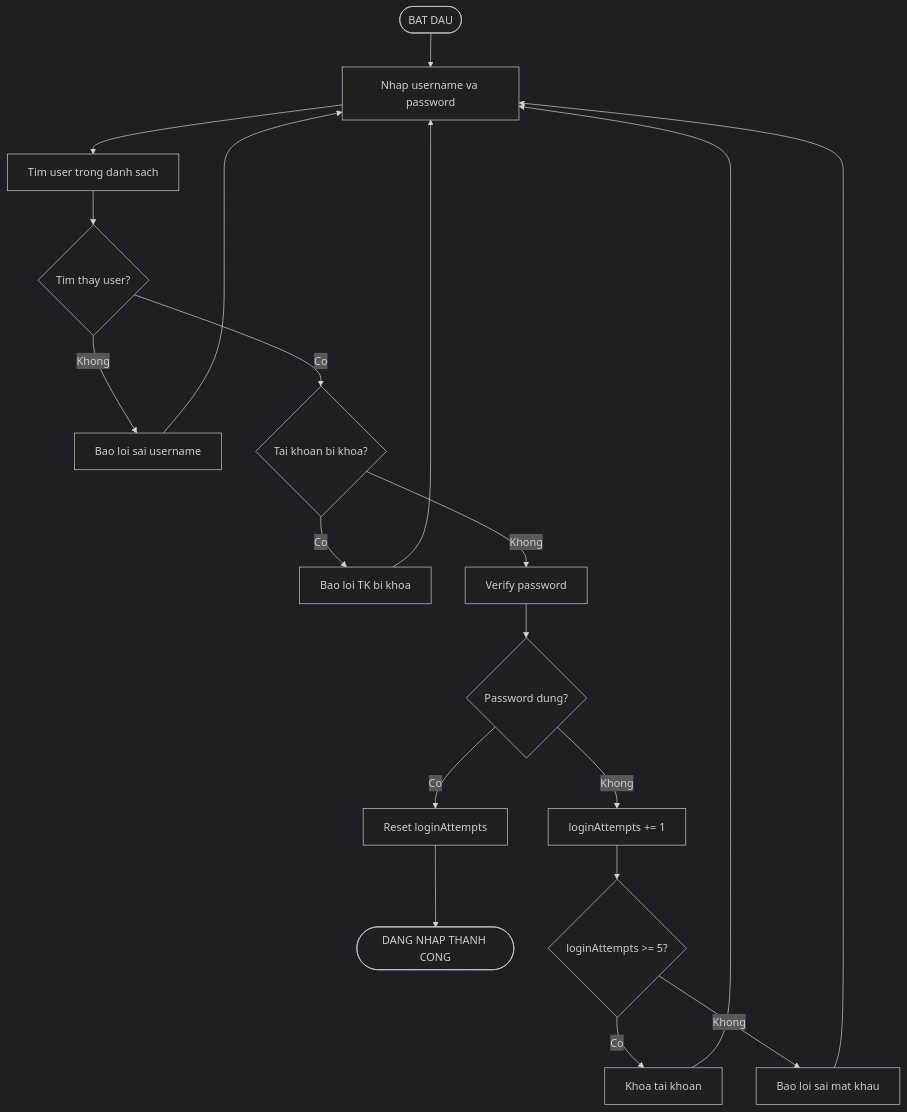
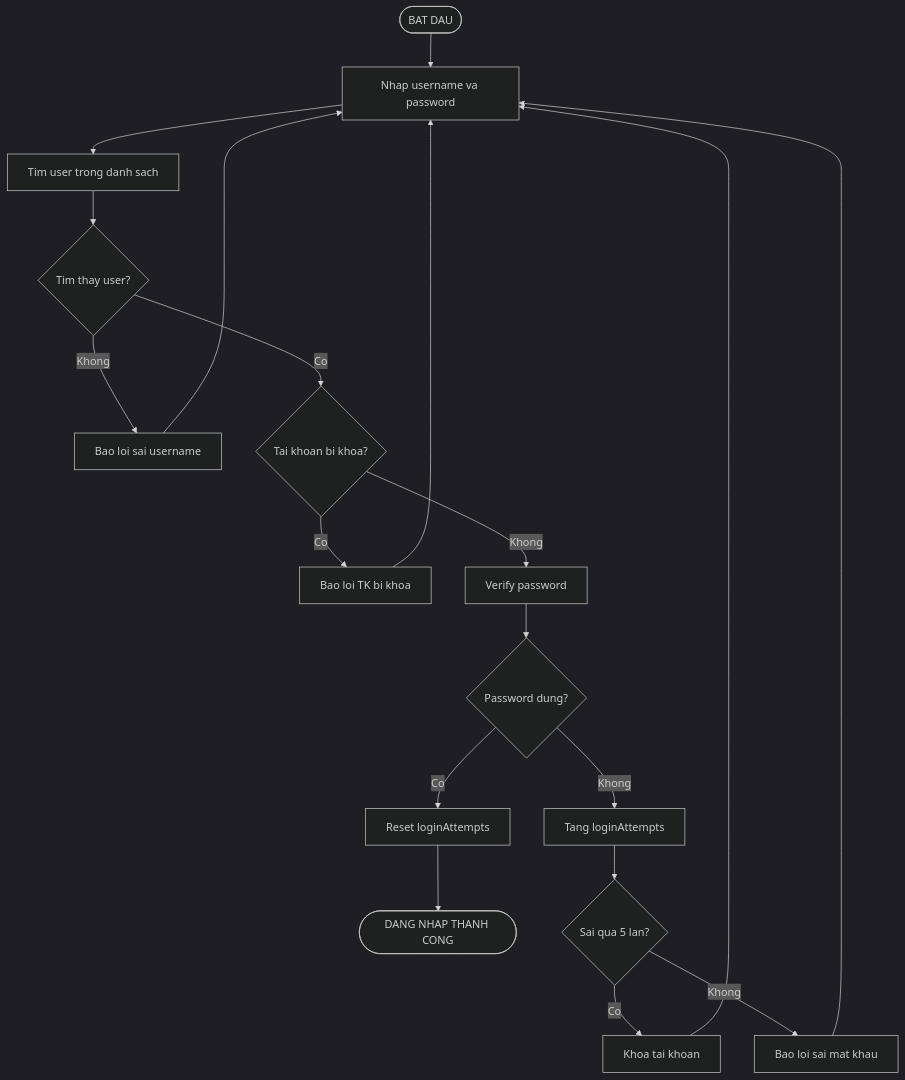
One commit to phucphuc2006/pro-192 changed the second of 20 diagrams in docs/Flowcharts/Flowcharts.md. Above: the diagram before and after it, drawn with Mermaid (dark theme). The commit also changed other lines of this file, not shown here.

Commit message:
Fix Mermaid: add quotes to all labels for GitHub compatibility

````diff
--- a/docs/Flowcharts/Flowcharts.md
+++ b/docs/Flowcharts/Flowcharts.md
@@ -32,21 +23,21 @@
 ```mermaid
 flowchart TD
-    A([BAT DAU]) --> B[Nhap username va password]
-    B --> C[Tim user trong danh sach]
-    C --> D{Tim thay user?}
-    D -->|Khong| E[Bao loi sai username]
+    A(["BAT DAU"]) --> B["Nhap username va password"]
+    B --> C["Tim user trong danh sach"]
+    C --> D{"Tim thay user?"}
+    D -->|Khong| E["Bao loi sai username"]
     E --> B
-    D -->|Co| F{Tai khoan bi khoa?}
-    F -->|Co| G[Bao loi TK bi khoa]
+    D -->|Co| F{"Tai khoan bi khoa?"}
+    F -->|Co| G["Bao loi TK bi khoa"]
     G --> B
-    F -->|Khong| H[Verify password]
-    H --> I{Password dung?}
-    I -->|Co| J[Reset loginAttempts]
-    J --> K([DANG NHAP THANH CONG])
-    I -->|Khong| L[loginAttempts += 1]
-    L --> M{loginAttempts >= 5?}
-    M -->|Co| N[Khoa tai khoan]
+    F -->|Khong| H["Verify password"]
+    H --> I{"Password dung?"}
+    I -->|Co| J["Reset loginAttempts"]
+    J --> K(["DANG NHAP THANH CONG"])
+    I -->|Khong| L["Tang loginAttempts"]
+    L --> M{"Sai qua 5 lan?"}
+    M -->|Co| N["Khoa tai khoan"]
     N --> B
-    M -->|Khong| O[Bao loi sai mat khau]
+    M -->|Khong| O["Bao loi sai mat khau"]
     O --> B
 ```
````
